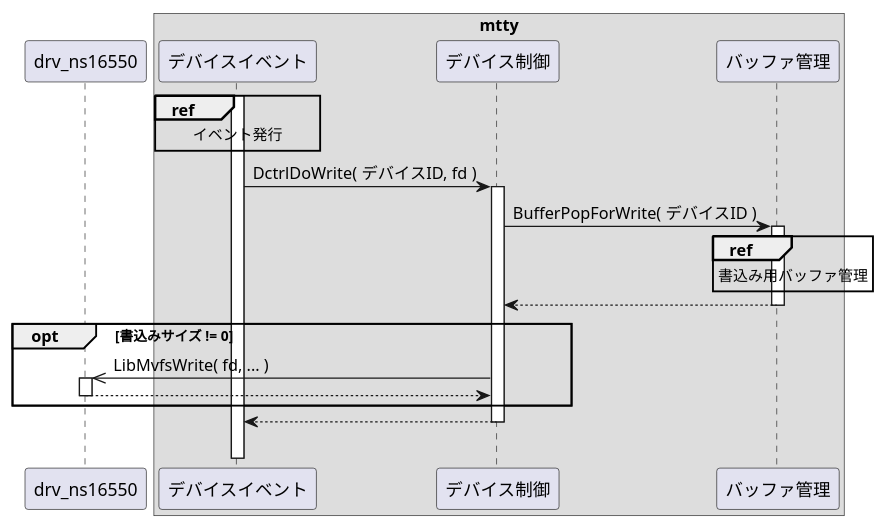
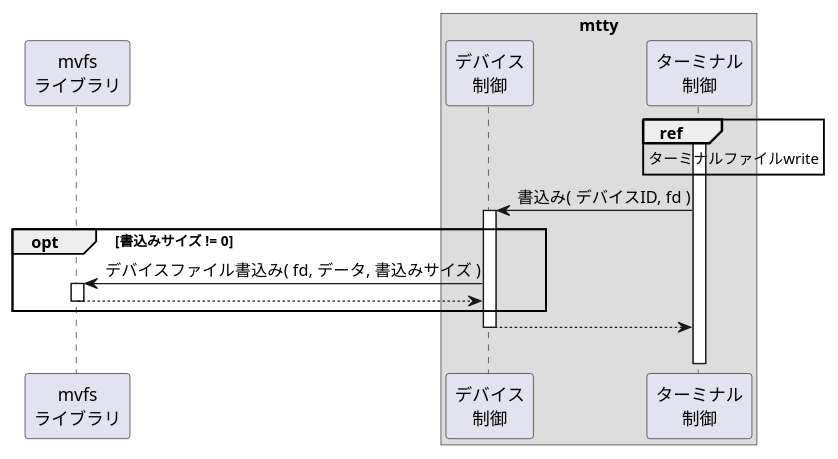
Before and after one commit to MasterMochi/mtty: the diagram in docs/docs/internal/dctrl/write.puml, drawn with PlantUML. The commit also changed 167 other files, not shown here.

```diff
--- a/docs/docs/internal/dctrl/write.puml
+++ b/docs/docs/internal/dctrl/write.puml
@@ -1,37 +1,27 @@
 @startuml
 
-participant drv as "drv_ns16550"
-
+participant "mvfs\nライブラリ" as libmvfs
 box "mtty"
-    participant devt as "デバイスイベント"
-    participant dctrl as "デバイス制御"
-    participant buffer as "バッファ管理"
+    participant "デバイス\n制御"   as dctrl
+    participant "ターミナル\n制御" as tctrl
 end box
 
-activate devt
+activate tctrl
+ref over tctrl: ターミナルファイルwrite
 
-ref over devt: イベント発行
-
-devt -> dctrl: DctrlDoWrite( デバイスID, fd )
+dctrl <- tctrl: 書込み( デバイスID, fd )
 activate dctrl
 
-dctrl -> buffer: BufferPopForWrite( デバイスID )
-activate buffer
-
-ref over buffer: 書込み用バッファ管理
-
-dctrl <-- buffer:
-deactivate buffer
 
 opt 書込みサイズ != 0
-    drv <<- dctrl: LibMvfsWrite( fd, ... )
-    activate drv
-    drv --> dctrl:
-    deactivate drv
+    libmvfs <- dctrl: デバイスファイル書込み( fd, データ, 書込みサイズ )
+    activate libmvfs
+    libmvfs --> dctrl:
+    deactivate libmvfs
 end opt
 
-devt <-- dctrl:
+dctrl --> tctrl:
 deactivate dctrl
 ||20||
 
 @enduml
```
